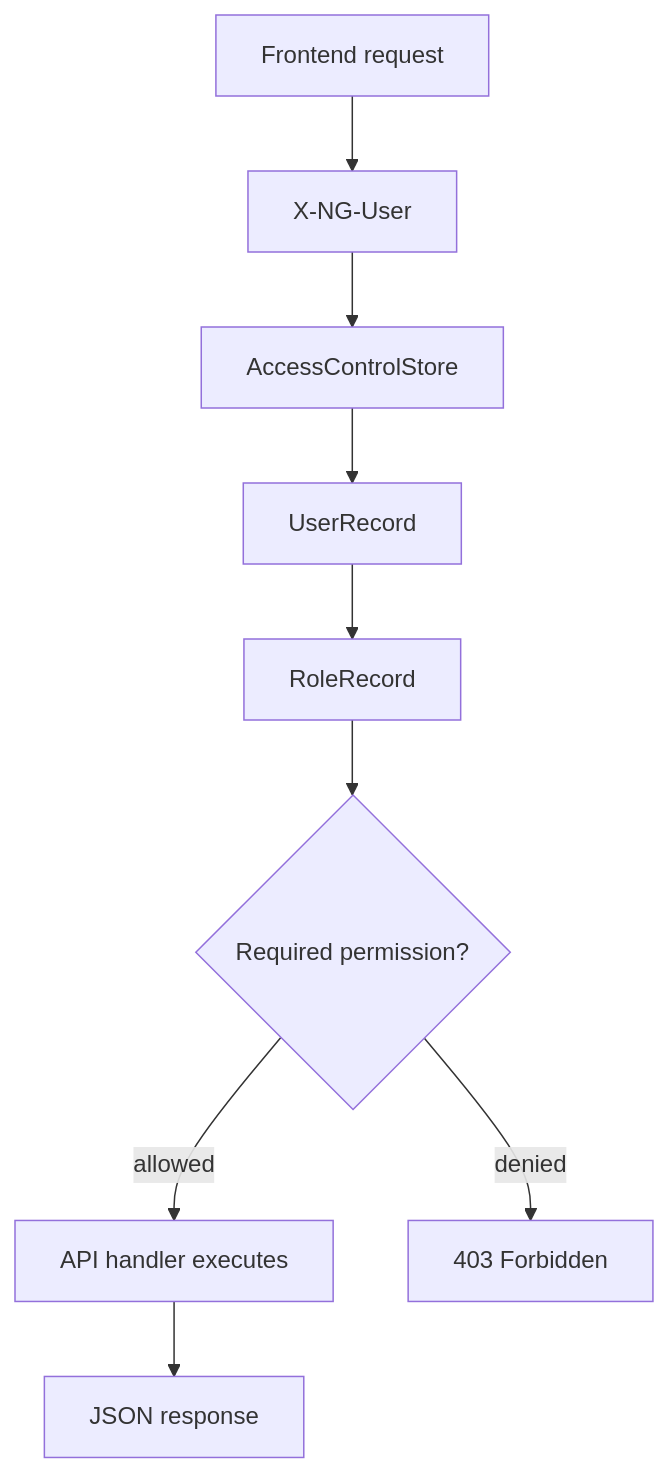
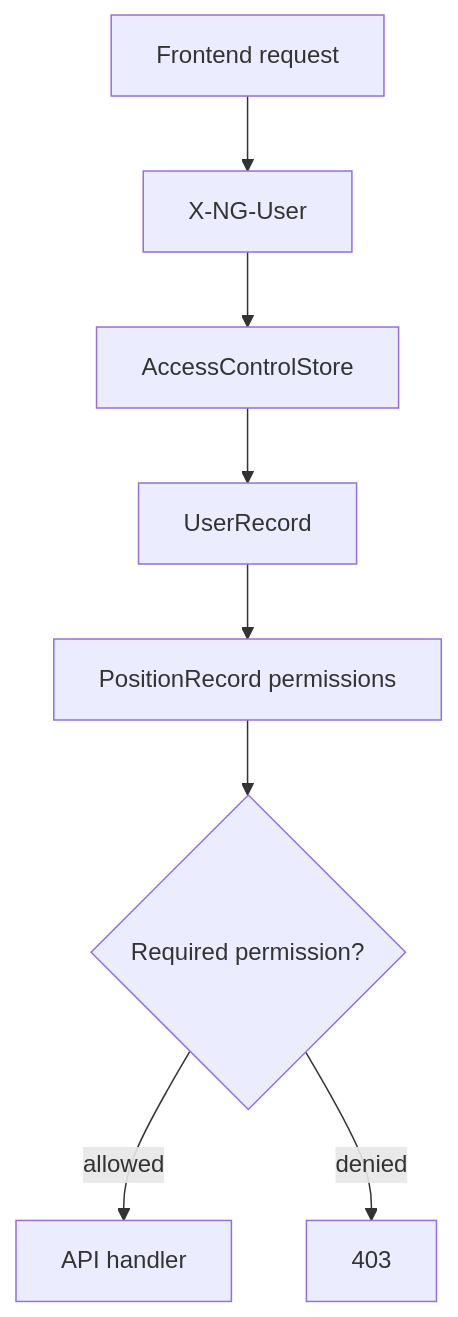
Before and after one commit to PatchMachine/Negotium: the fifth of 6 diagrams in docs/architecture.md, drawn with Mermaid. The commit also changed other lines of this file and 2 other files, not shown here.

````diff
--- a/docs/architecture.md
+++ b/docs/architecture.md
@@ -192,13 +90,10 @@
 ```mermaid
 flowchart TB
   Request["Frontend request"] --> Header["X-NG-User"]
   Header --> ACL["AccessControlStore"]
   ACL --> User["UserRecord"]
-  User --> Role["RoleRecord"]
-  Role --> Permission{"Required permission?"}
-
-  Permission -->|"allowed"| Handler["API handler executes"]
-  Permission -->|"denied"| Forbidden["403 Forbidden"]
-
-  Handler --> Result["JSON response"]
+  User --> Position["PositionRecord permissions"]
+  Position --> Check{"Required permission?"}
+  Check -->|"allowed"| Handler["API handler"]
+  Check -->|"denied"| Forbidden["403"]
 ```
````
